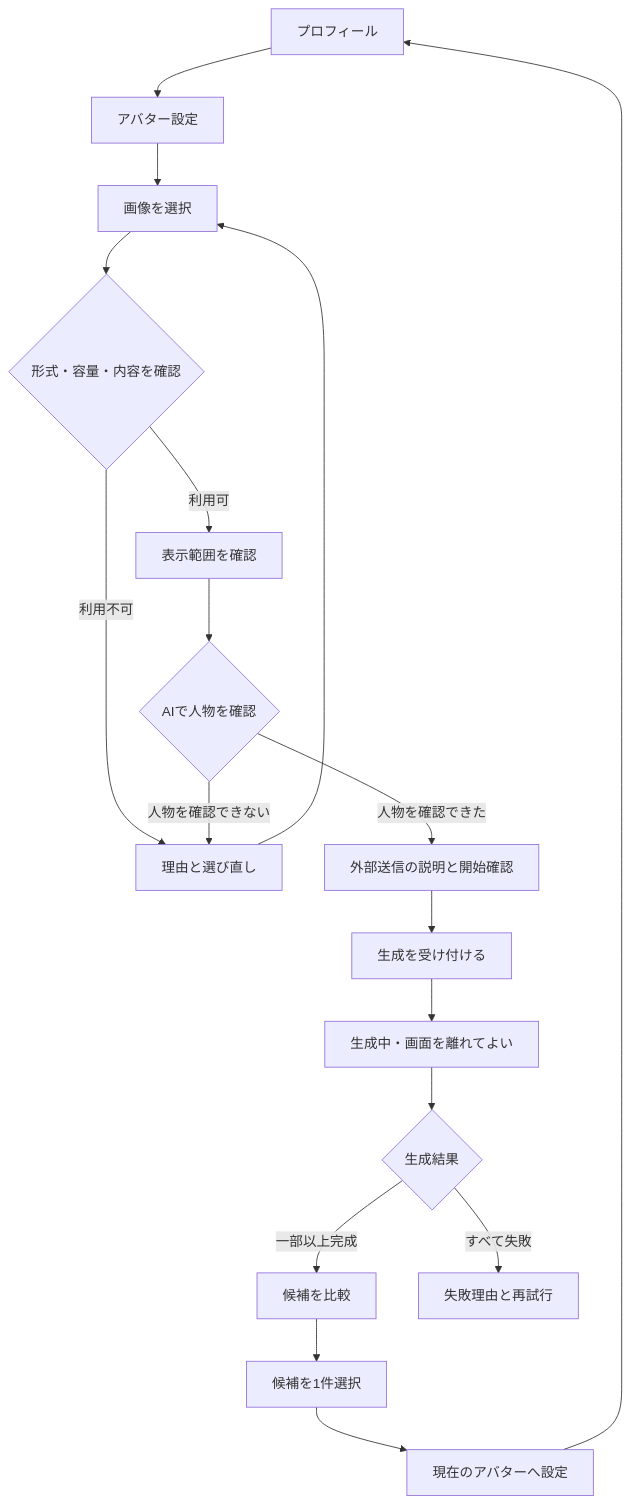
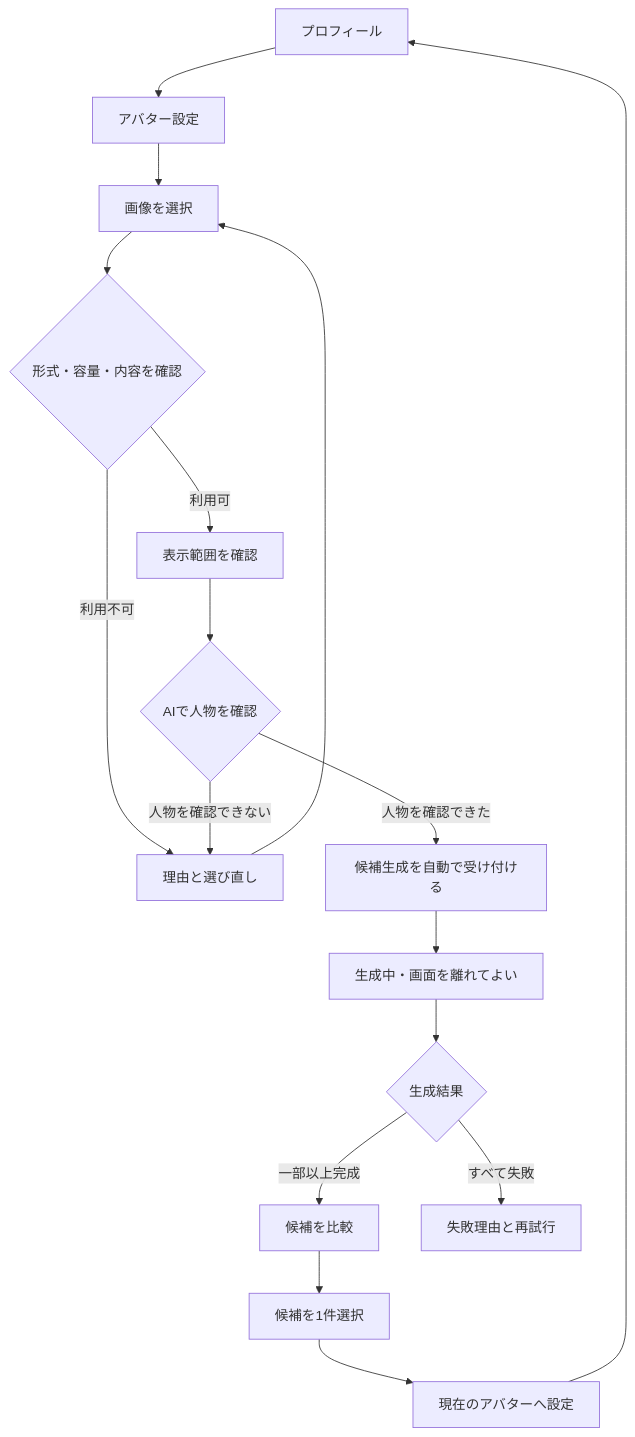
One commit to kkyosuke/me-builder changed the first of 4 diagrams in docs/product/avatar-experience.md. Above: the diagram before and after it, drawn with Mermaid. The commit also changed other lines of this file and 15 other files, not shown here.

````diff
--- a/docs/product/avatar-experience.md
+++ b/docs/product/avatar-experience.md
@@ -112,20 +109,19 @@
 ```mermaid
 flowchart TD
     P[プロフィール] --> S[アバター設定]
     S --> U[画像を選択]
     U --> V{形式・容量・内容を確認}
     V -->|利用不可| UE[理由と選び直し]
     UE --> U
     V -->|利用可| C[表示範囲を確認]
     C --> D{AIで人物を確認}
     D -->|人物を確認できない| UE
-    D -->|人物を確認できた| X[外部送信の説明と開始確認]
-    X --> J[生成を受け付ける]
+    D -->|人物を確認できた| J[候補生成を自動で受け付ける]
     J --> W[生成中・画面を離れてよい]
     W --> R{生成結果}
     R -->|一部以上完成| G[候補を比較]
     R -->|すべて失敗| F[失敗理由と再試行]
     G --> E[候補を1件選択]
     E --> A[現在のアバターへ設定]
     A --> P
 ```
````
